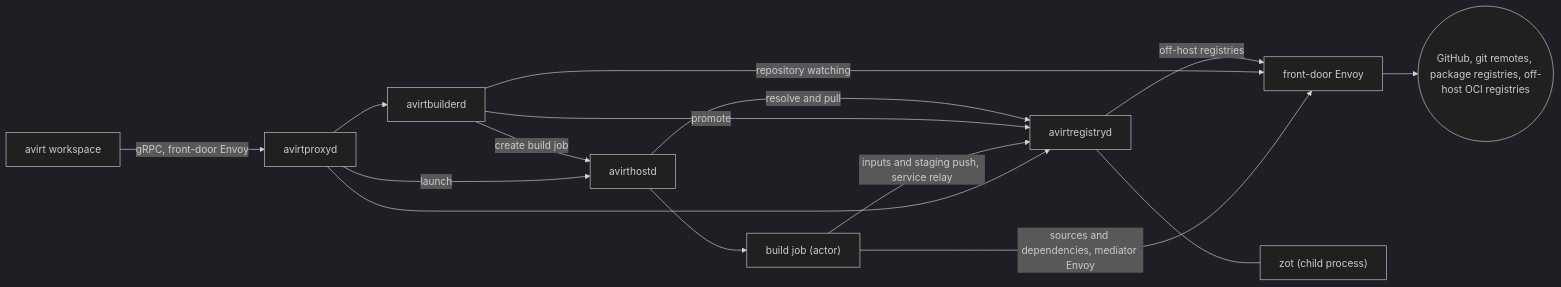
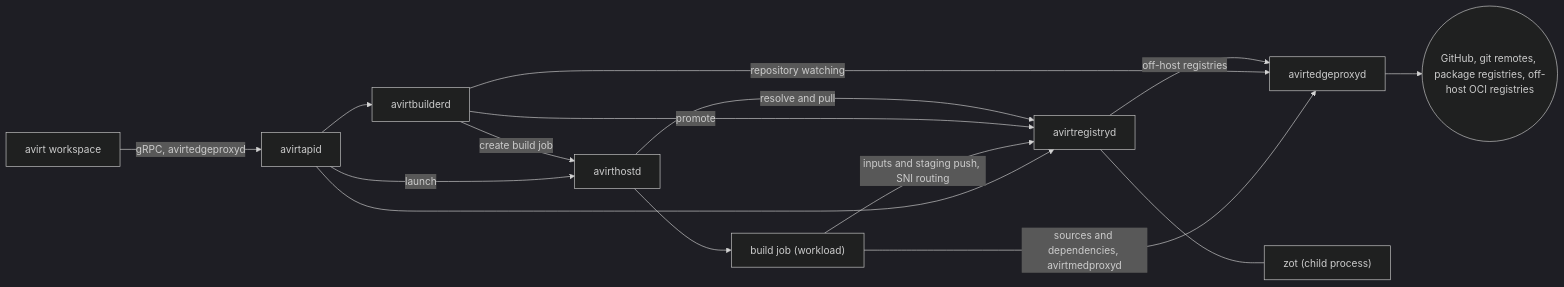
Before and after one commit to tbhb-dev/avirt: the diagram in docs/workspaces.md, drawn with Mermaid (dark theme). The commit also changed other lines of this file and 61 other files, not shown here.

First line of the commit message:
docs: design the avirt component architecture

````diff
--- a/docs/workspaces.md
+++ b/docs/workspaces.md
@@ -23,17 +23,17 @@
 ```mermaid
 flowchart LR
-    cli["avirt workspace"] -->|"gRPC, front-door Envoy"| proxyd["avirtproxyd"]
+    cli["avirt workspace"] -->|"gRPC, avirtedgeproxyd"| proxyd["avirtapid"]
     proxyd --> builderd["avirtbuilderd"]
     proxyd --> registryd["avirtregistryd"]
     proxyd -->|"launch"| hostd["avirthostd"]
     builderd -->|"create build job"| hostd
-    hostd --> job["build job (actor)"]
-    job -->|"inputs and staging push, service relay"| registryd
-    job -->|"sources and dependencies, mediator Envoy"| fd["front-door Envoy"]
+    hostd --> job["build job (workload)"]
+    job -->|"inputs and staging push, SNI routing"| registryd
+    job -->|"sources and dependencies, avirtmedproxyd"| fd["avirtedgeproxyd"]
     builderd -->|"promote"| registryd
     builderd -->|"repository watching"| fd
     registryd -->|"off-host registries"| fd
     registryd --- zot["zot (child process)"]
     hostd -->|"resolve and pull"| registryd
     fd --> ext(("GitHub, git remotes, package registries, off-host OCI registries"))
 ```
````
